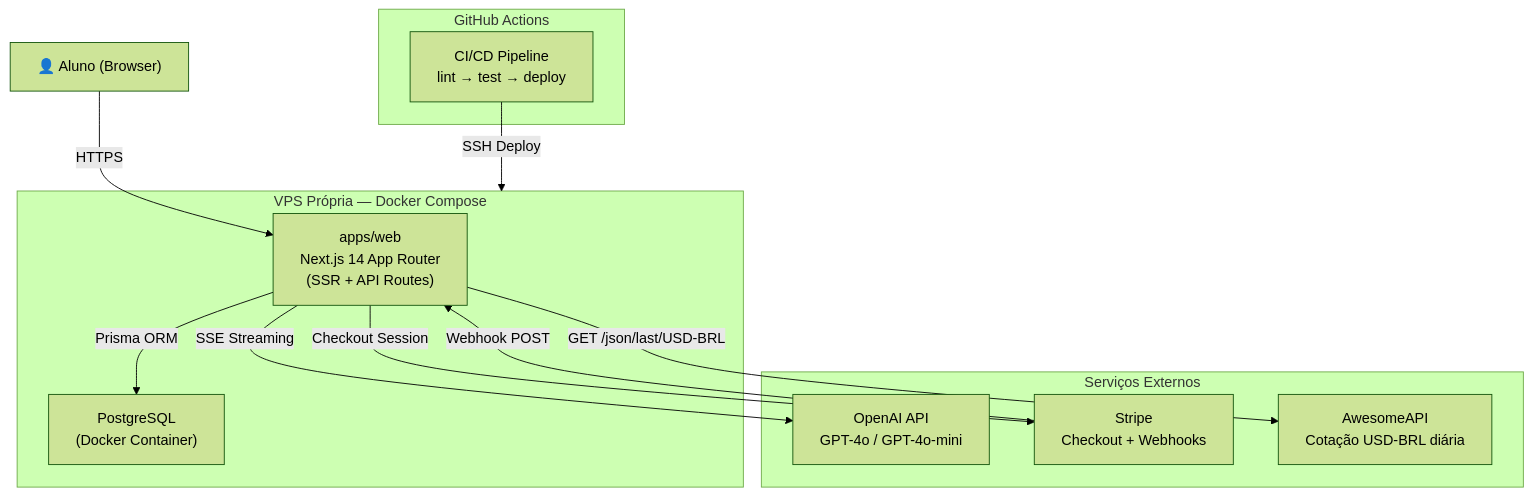
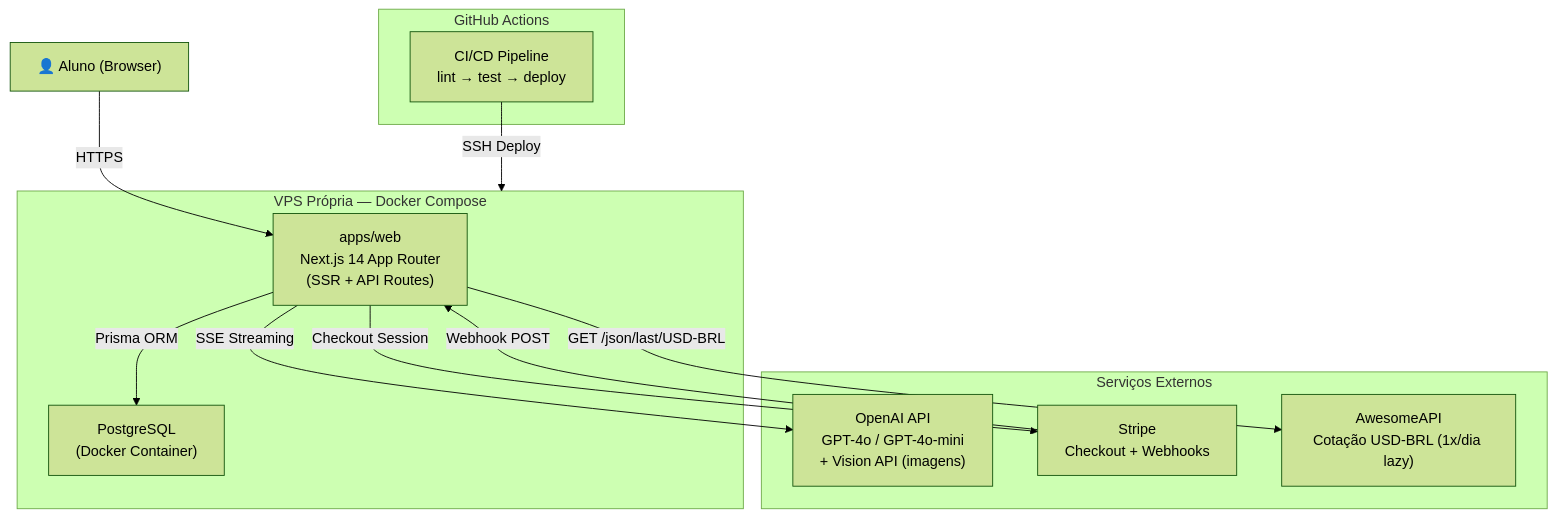
One commit to grupoeden1/sol-saas changed the diagram in docs/architecture.md. Above: the diagram before and after it, drawn with Mermaid (forest theme). The commit also changed other lines of this file and 32 other files, not shown here.

````diff
--- a/docs/architecture.md
+++ b/docs/architecture.md
@@ -45,27 +47,27 @@
 ```mermaid
 graph TB
     User["👤 Aluno (Browser)"]
 
     subgraph VPS["VPS Própria — Docker Compose"]
         Web["apps/web\nNext.js 14 App Router\n(SSR + API Routes)"]
         DB["PostgreSQL\n(Docker Container)"]
     end
 
     subgraph External["Serviços Externos"]
-        OpenAI["OpenAI API\nGPT-4o / GPT-4o-mini"]
+        OpenAI["OpenAI API\nGPT-4o / GPT-4o-mini\n+ Vision API (imagens)"]
         Stripe["Stripe\nCheckout + Webhooks"]
-        AwesomeAPI["AwesomeAPI\nCotação USD-BRL diária"]
+        AwesomeAPI["AwesomeAPI\nCotação USD-BRL (1x/dia lazy)"]
     end
 
     subgraph CI["GitHub Actions"]
         Pipeline["CI/CD Pipeline\nlint → test → deploy"]
     end
 
     User -->|"HTTPS"| Web
     Web -->|"Prisma ORM"| DB
     Web -->|"SSE Streaming"| OpenAI
     Web -->|"Checkout Session"| Stripe
     Stripe -->|"Webhook POST"| Web
     Web -->|"GET /json/last/USD-BRL"| AwesomeAPI
     Pipeline -->|"SSH Deploy"| VPS
 ```
````
